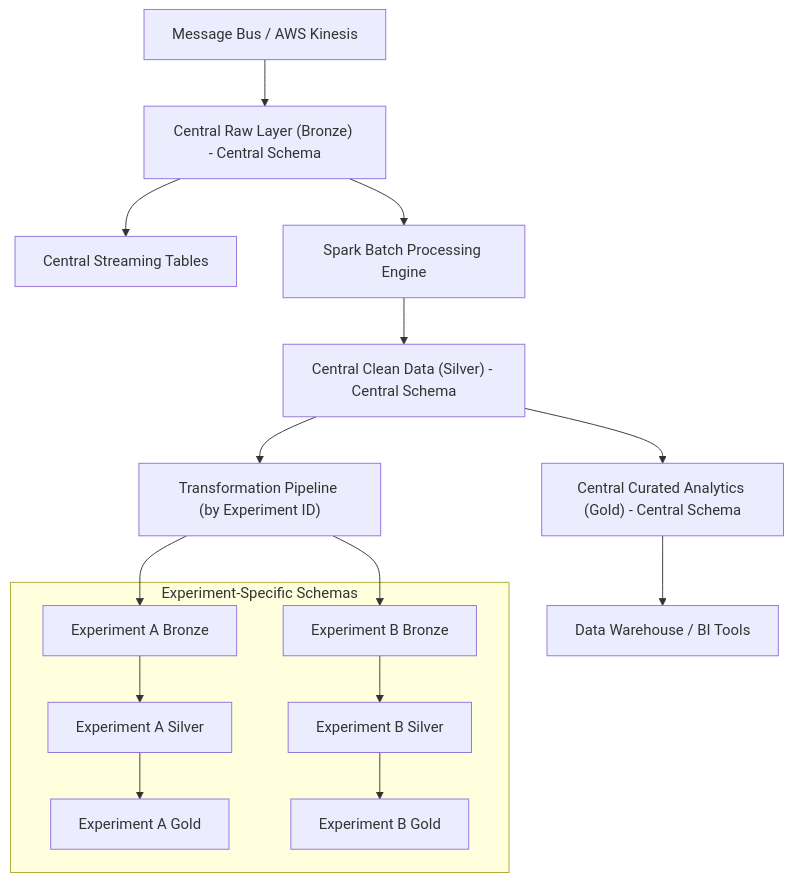
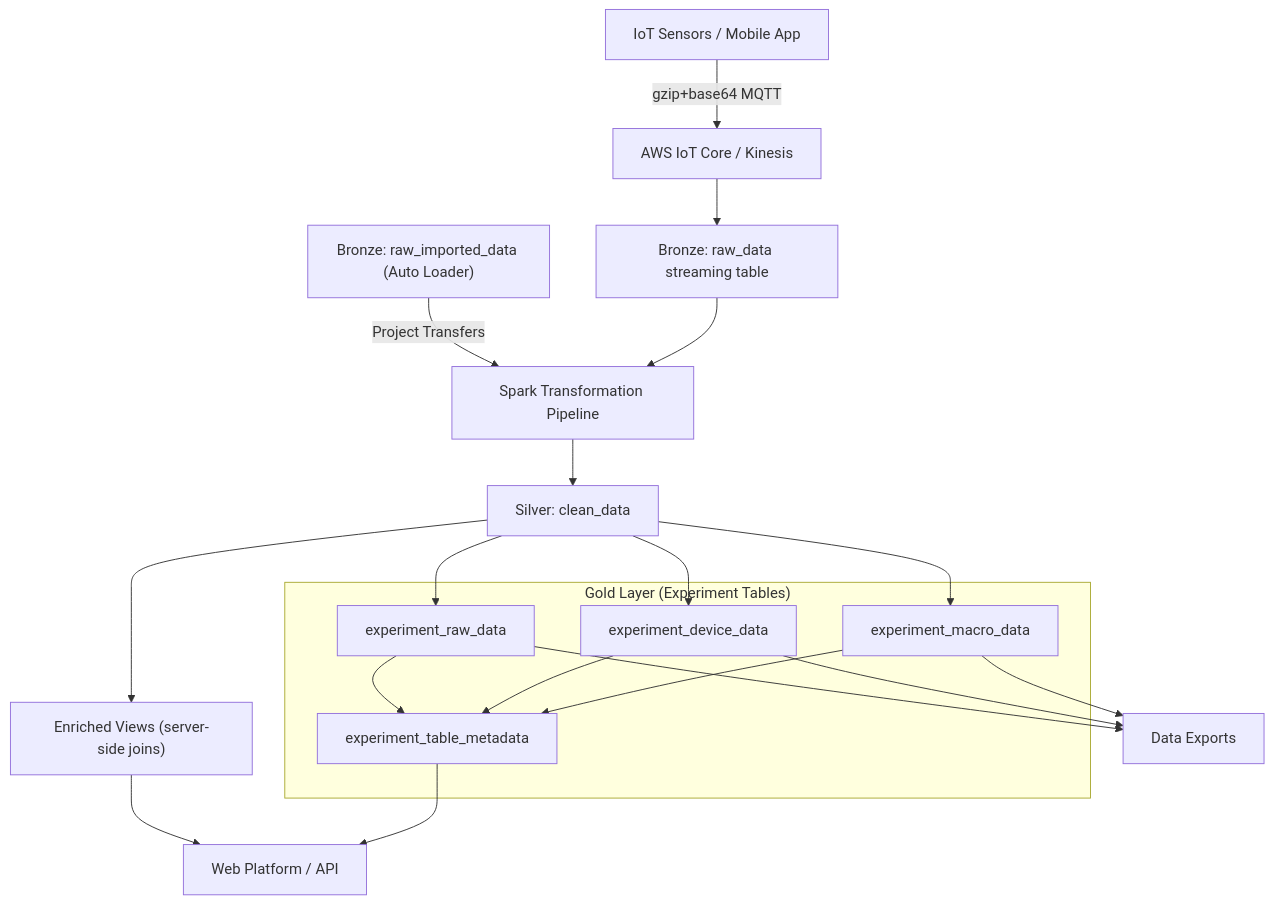
Before and after one commit to Jan-IngenHousz-Institute/open-jii: the diagram in apps/docs/docs/003-data-platform/003-ingestion-architecture.md, drawn with Mermaid. The commit also changed other lines of this file and 26 other files, not shown here.

````diff
--- a/apps/docs/docs/003-data-platform/003-ingestion-architecture.md
+++ b/apps/docs/docs/003-data-platform/003-ingestion-architecture.md
@@ -138,34 +121,38 @@
 ```mermaid
 graph TD
-A[Message Bus / AWS Kinesis]
-B["Central Raw Layer (Bronze) - Central Schema"]
-C[Central Streaming Tables]
-D[Spark Batch Processing Engine]
-E["Central Clean Data (Silver) - Central Schema"]
-F["Central Curated Analytics (Gold) - Central Schema"]
-G["Transformation Pipeline (by Experiment ID)"]
-H[Data Warehouse / BI Tools]
+A[IoT Sensors / Mobile App]
+B[AWS IoT Core / Kinesis]
+C["Bronze: raw_data streaming table"]
+D["Bronze: raw_imported_data (Auto Loader)"]
+E[Spark Transformation Pipeline]
+F["Silver: clean_data"]
+G["Enriched Views (server-side joins)"]
 
-subgraph "Experiment-Specific Schemas"
-I[Experiment A Bronze]
-J[Experiment A Silver]
-K[Experiment A Gold]
-L[Experiment B Bronze]
-M[Experiment B Silver]
-N[Experiment B Gold]
+subgraph "Gold Layer (Experiment Tables)"
+H[experiment_raw_data]
+I[experiment_device_data]
+J[experiment_macro_data]
+K[experiment_table_metadata]
 end
 
-A --> B
+L[Web Platform / API]
+M[Data Exports]
+
+A -->|"gzip+base64 MQTT"| B
 B --> C
-B --> D
-D --> E
+D -->|"Project Transfers"| E
+C --> E
 E --> F
-E --> G
-G --> I
-I --> J
+F --> G
+F --> H
+F --> I
+F --> J
+H --> K
+I --> K
 J --> K
 G --> L
-L --> M
-M --> N
-F --> H
+K --> L
+H --> M
+I --> M
+J --> M
 ```
````
